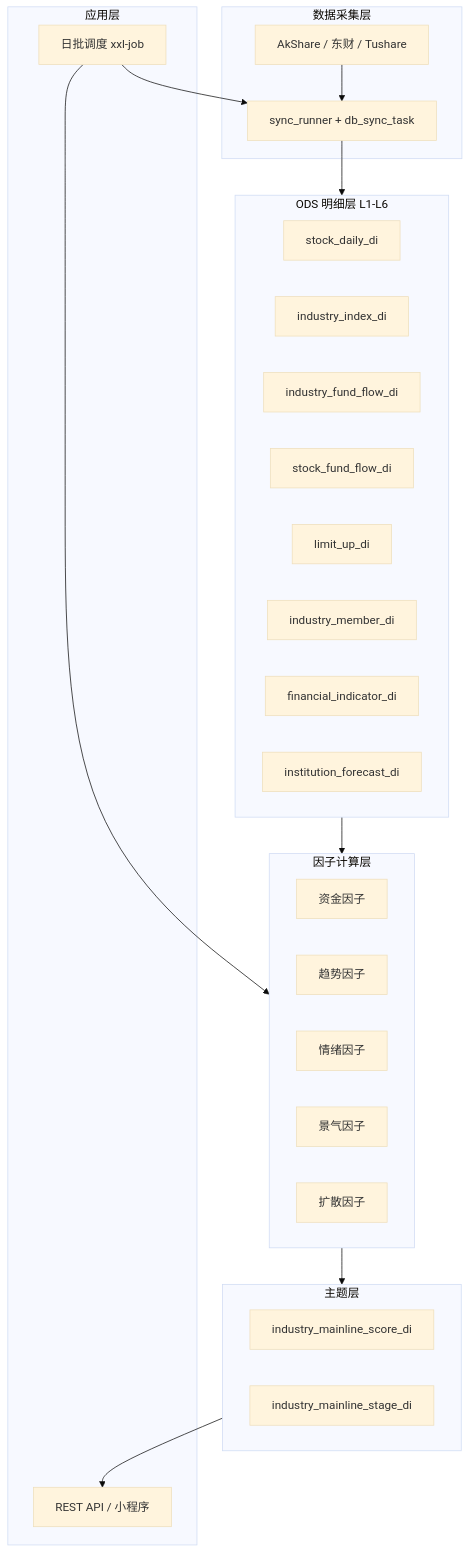
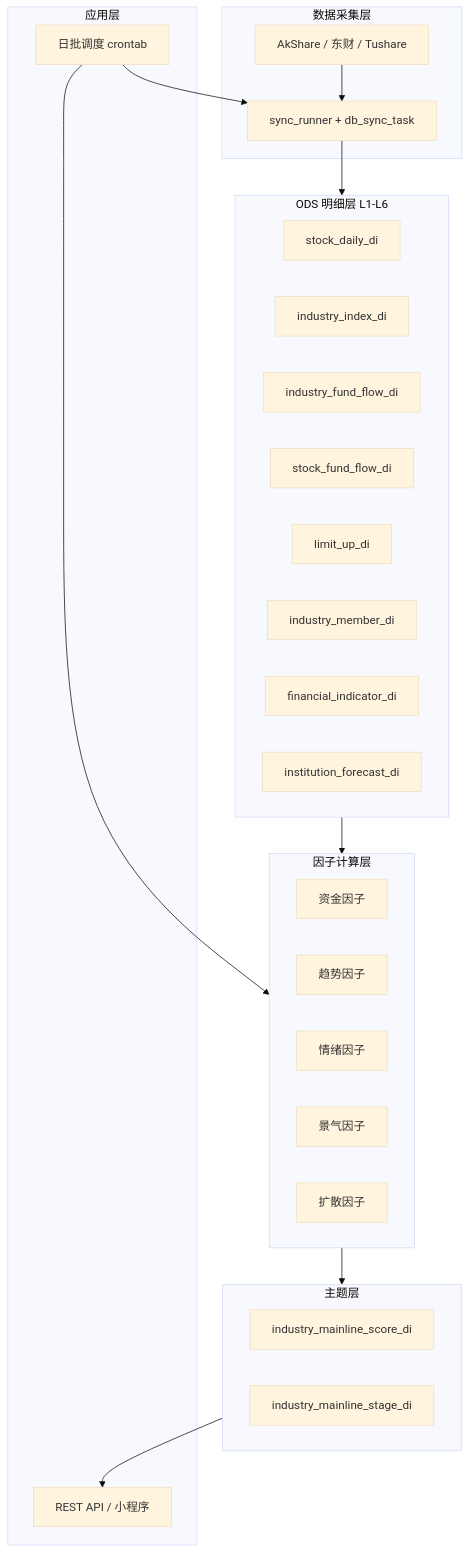
The first of 2 diagrams in 需求整理/需求1-主线板块确认-技术文档.md (jinlujie111/stock_data), drawn with Mermaid (base theme) before and after one commit. The commit also changed other lines of this file and 16 other files, not shown here.

````diff
--- a/需求整理/需求1-主线板块确认-技术文档.md
+++ b/需求整理/需求1-主线板块确认-技术文档.md
@@ -11,37 +11,37 @@
 ```mermaid
 flowchart TB
     subgraph ingest [数据采集层]
         AK[AkShare / 东财 / Tushare]
         SYNC[sync_runner + db_sync_task]
     end
     subgraph ods [ODS 明细层 L1-L6]
         T1[stock_daily_di]
         T2[industry_index_di]
         T3[industry_fund_flow_di]
         T4[stock_fund_flow_di]
         T5[limit_up_di]
         T6[industry_member_di]
         T7[financial_indicator_di]
         T8[institution_forecast_di]
     end
     subgraph dwd [因子计算层]
         F1[资金因子]
         F2[趋势因子]
         F3[情绪因子]
         F4[景气因子]
         F5[扩散因子]
     end
     subgraph dm [主题层]
         SC[industry_mainline_score_di]
         ST[industry_mainline_stage_di]
     end
     subgraph app [应用层]
         API[REST API / 小程序]
-        JOB[日批调度 xxl-job]
+        JOB[日批调度 crontab]
     end
     AK --> SYNC --> ods
     ods --> dwd --> dm
     dm --> API
     JOB --> SYNC
     JOB --> dwd
 ```
````
